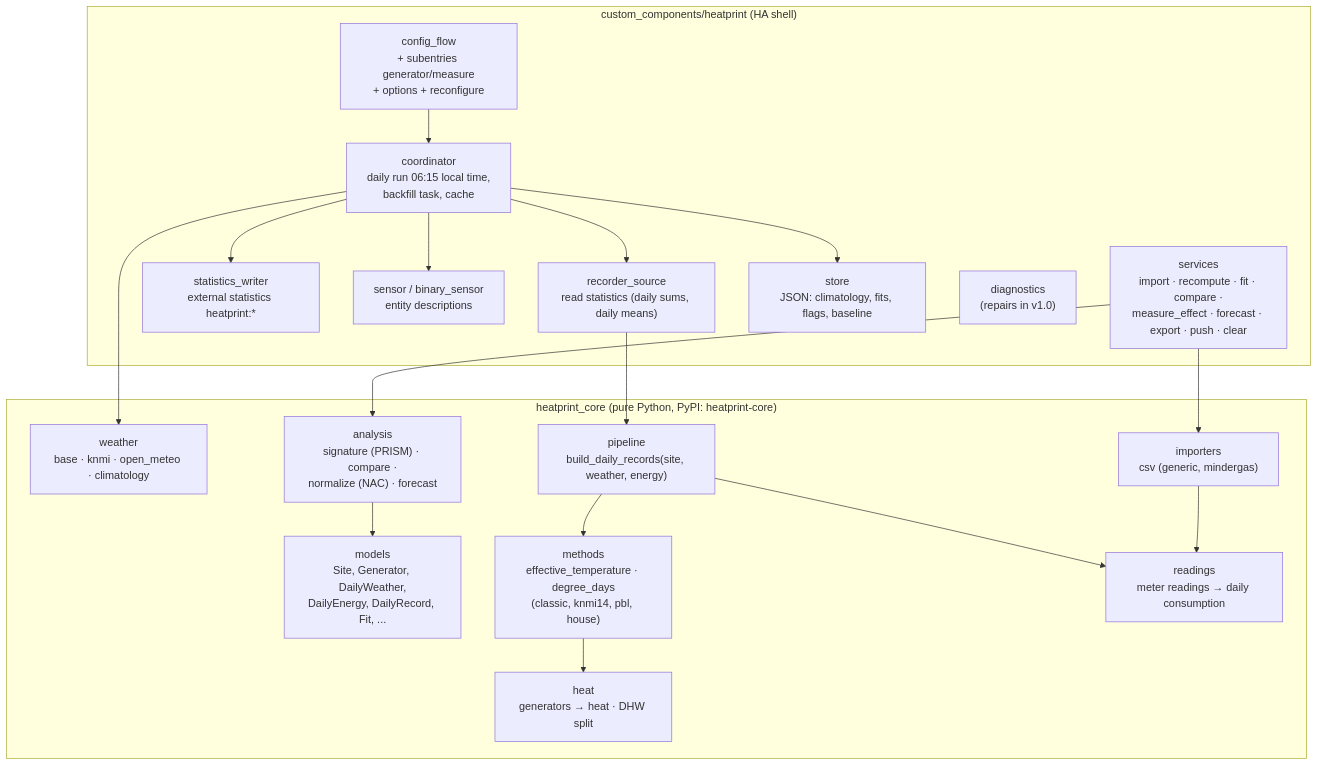
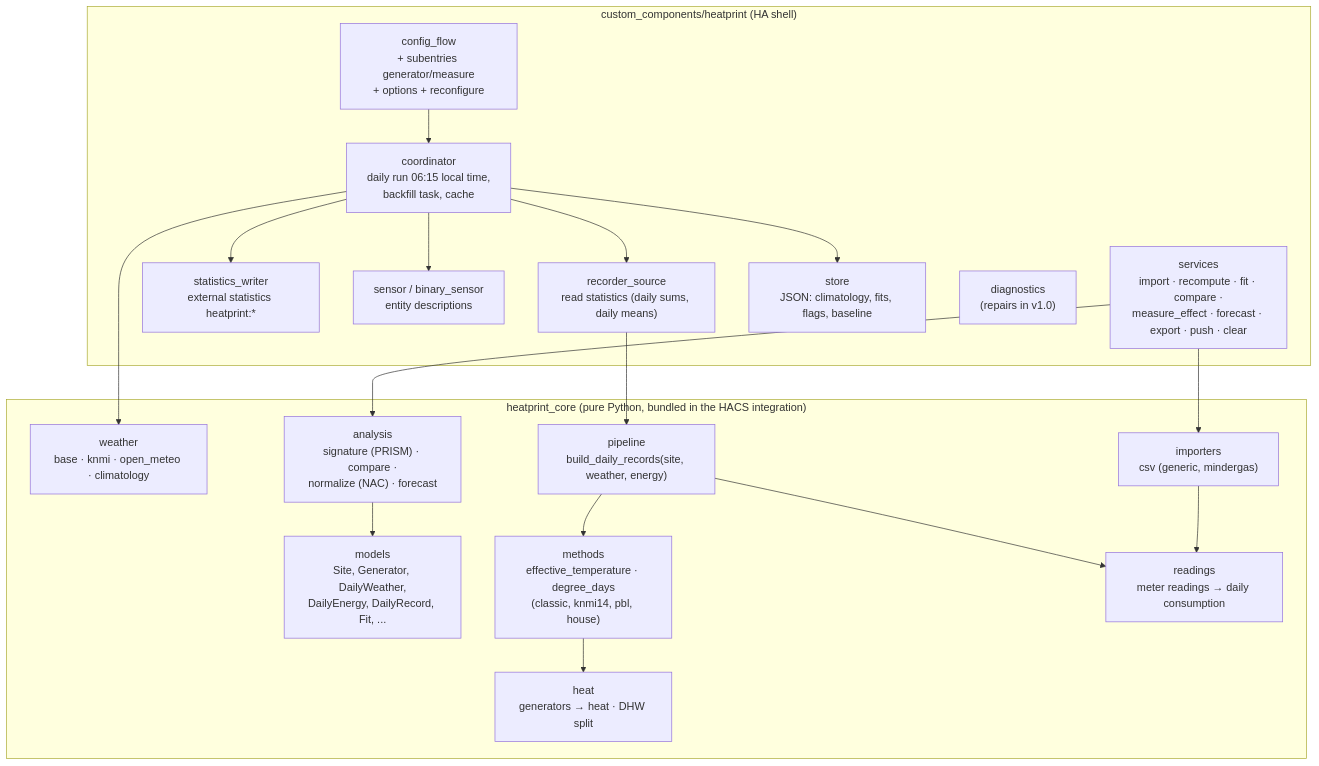
The second of 3 diagrams in docs/ARCHITECTURE.md (nicohabets/heatprint), drawn with Mermaid before and after one commit. The commit also changed other lines of this file and 38 other files, not shown here.

First line of the commit message:
fix: bundle heatprint_core so HACS install works without PyPI

````diff
--- a/docs/ARCHITECTURE.md
+++ b/docs/ARCHITECTURE.md
@@ -53,36 +53,36 @@
 ```mermaid
 flowchart TB
-    subgraph core["heatprint_core (pure Python, PyPI: heatprint-core)"]
+    subgraph core["heatprint_core (pure Python, bundled in the HACS integration)"]
         M["models<br/>Site, Generator, DailyWeather,<br/>DailyEnergy, DailyRecord, Fit, ..."]
         W["weather<br/>base · knmi · open_meteo · climatology"]
         E["methods<br/>effective_temperature · degree_days<br/>(classic, knmi14, pbl, house)"]
         H["heat<br/>generators → heat · DHW split"]
         R["readings<br/>meter readings → daily consumption"]
         A["analysis<br/>signature (PRISM) · compare ·<br/>normalize (NAC) · forecast"]
         I["importers<br/>csv (generic, mindergas)"]
         P["pipeline<br/>build_daily_records(site, weather, energy)"]
     end
 
     subgraph ha["custom_components/heatprint (HA shell)"]
         CF["config_flow<br/>+ subentries generator/measure<br/>+ options + reconfigure"]
         CO["coordinator<br/>daily run 06:15 local time,<br/>backfill task, cache"]
         RS["recorder_source<br/>read statistics (daily sums, daily means)"]
         ST["statistics_writer<br/>external statistics heatprint:*"]
         SE["sensor / binary_sensor<br/>entity descriptions"]
         SV["services<br/>import · recompute · fit · compare ·<br/>measure_effect · forecast · export · push · clear"]
         SR["store<br/>JSON: climatology, fits, flags, baseline"]
         DG["diagnostics<br/>(repairs in v1.0)"]
     end
 
     CF --> CO
     CO --> RS --> P
     CO --> W
     P --> E --> H
     P --> R
     CO --> ST
     CO --> SE
     SV --> A
     SV --> I --> R
     CO --> SR
     A --> M
 ```
````
